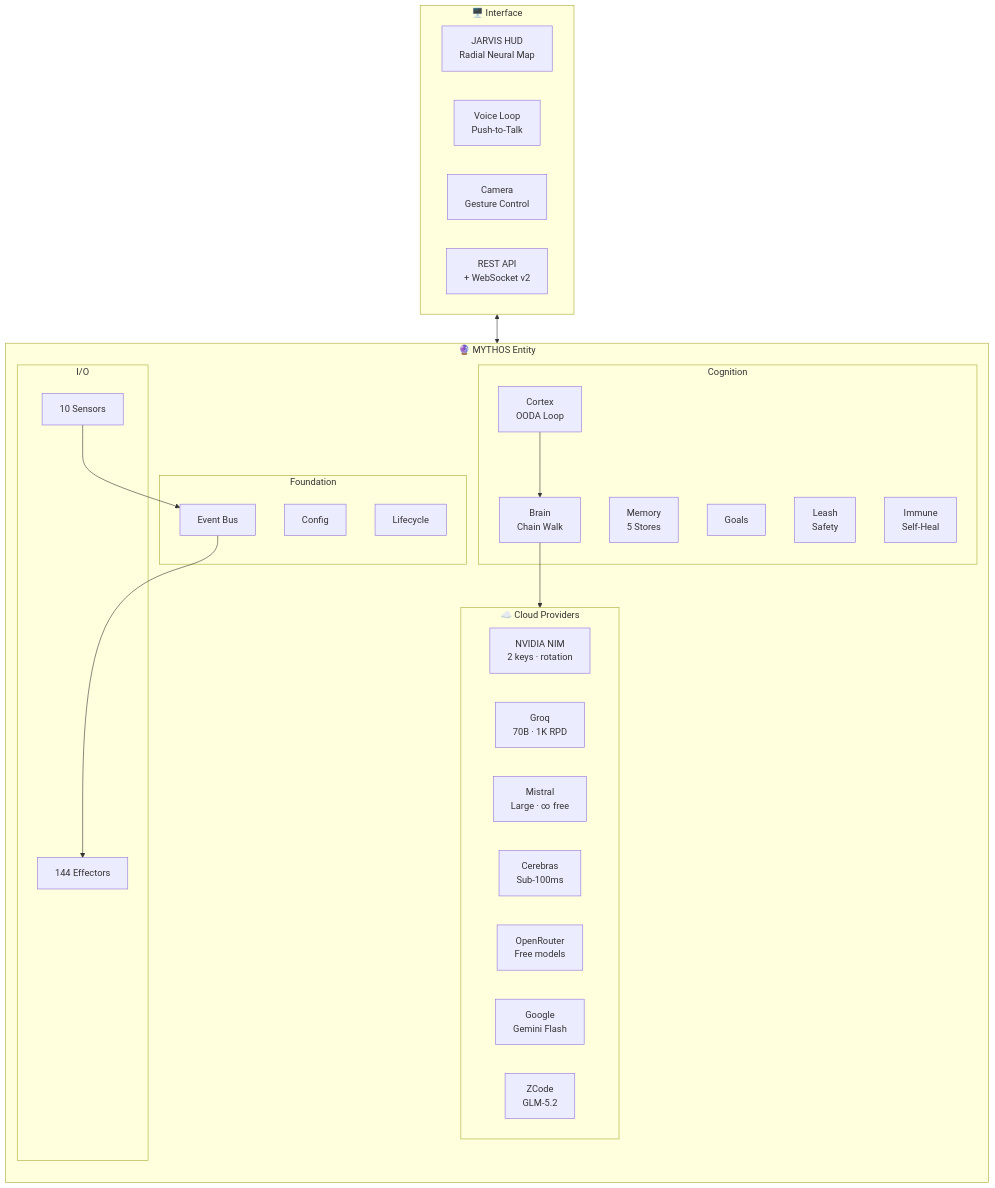
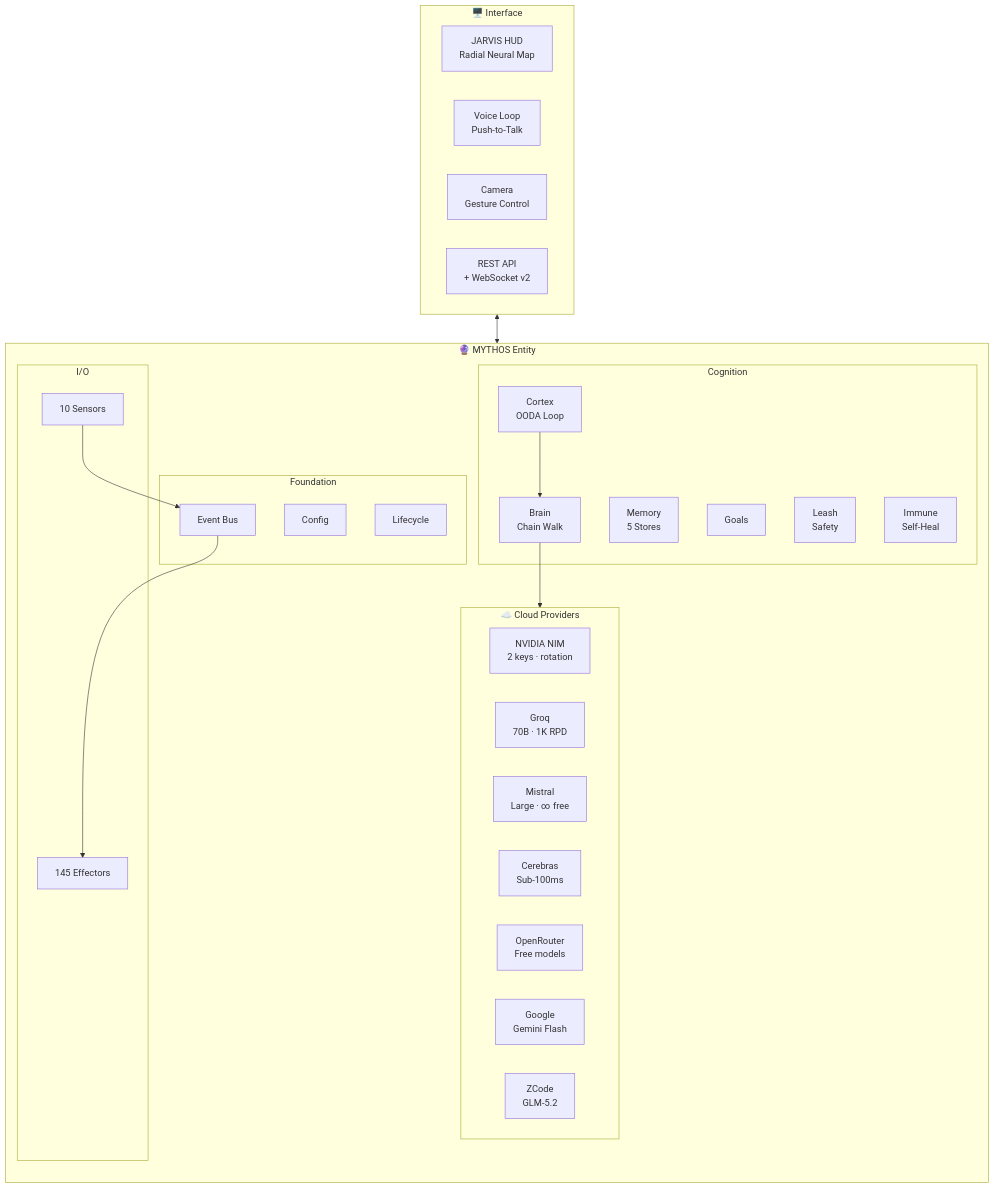
Before and after one commit to HailLucifer666/Agent_OS: the first of 11 diagrams in README.md, drawn with Mermaid. The commit also changed other lines of this file and 7 other files, not shown here.

````diff
--- a/README.md
+++ b/README.md
@@ -48,45 +48,45 @@
 ```mermaid
 flowchart TB
     subgraph Cloud["☁️ Cloud Providers"]
         direction LR
         NIM["NVIDIA NIM<br/>2 keys · rotation"]
         GQ["Groq<br/>70B · 1K RPD"]
         MI["Mistral<br/>Large · ∞ free"]
         CE["Cerebras<br/>Sub-100ms"]
         OR["OpenRouter<br/>Free models"]
         GOOG["Google<br/>Gemini Flash"]
         ZC["ZCode<br/>GLM-5.2"]
     end
 
     subgraph MYTHOS["🔮 MYTHOS Entity"]
         direction TB
         subgraph Foundation["Foundation"]
             CFG["Config"]
             BUS["Event Bus"]
             LIFE["Lifecycle"]
         end
         subgraph Cognition["Cognition"]
             CORT["Cortex<br/>OODA Loop"]
             BRN["Brain<br/>Chain Walk"]
             MEM["Memory<br/>5 Stores"]
             GOAL["Goals"]
             LEASH["Leash<br/>Safety"]
             IMM["Immune<br/>Self-Heal"]
         end
         subgraph IOLayer["I/O"]
             SENS["10 Sensors"]
-            EFF["144 Effectors"]
+            EFF["145 Effectors"]
         end
         CORT --> BRN --> Cloud
         SENS --> BUS --> EFF
     end
 
     subgraph Interface["🖥️ Interface"]
         HUD["JARVIS HUD<br/>Radial Neural Map"]
         VOICE["Voice Loop<br/>Push-to-Talk"]
         CAM["Camera<br/>Gesture Control"]
         API["REST API<br/>+ WebSocket v2"]
     end
 
     Interface <--> MYTHOS
 ```
````
